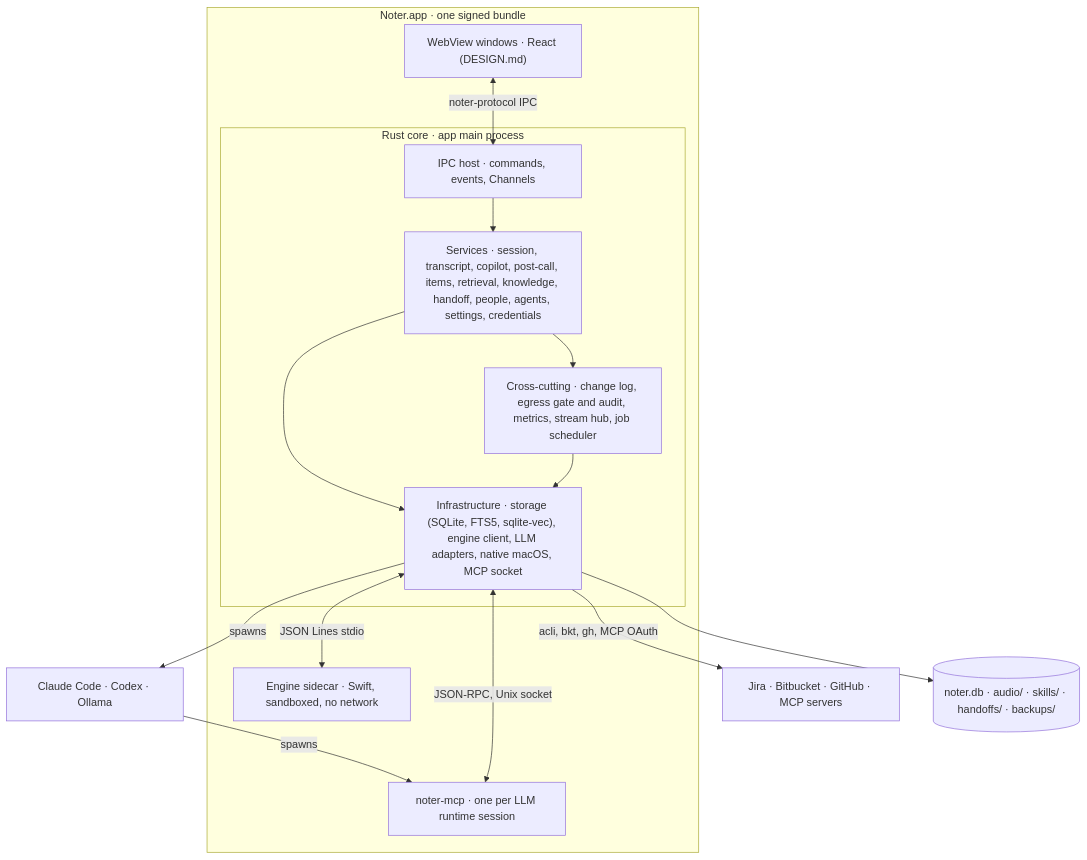
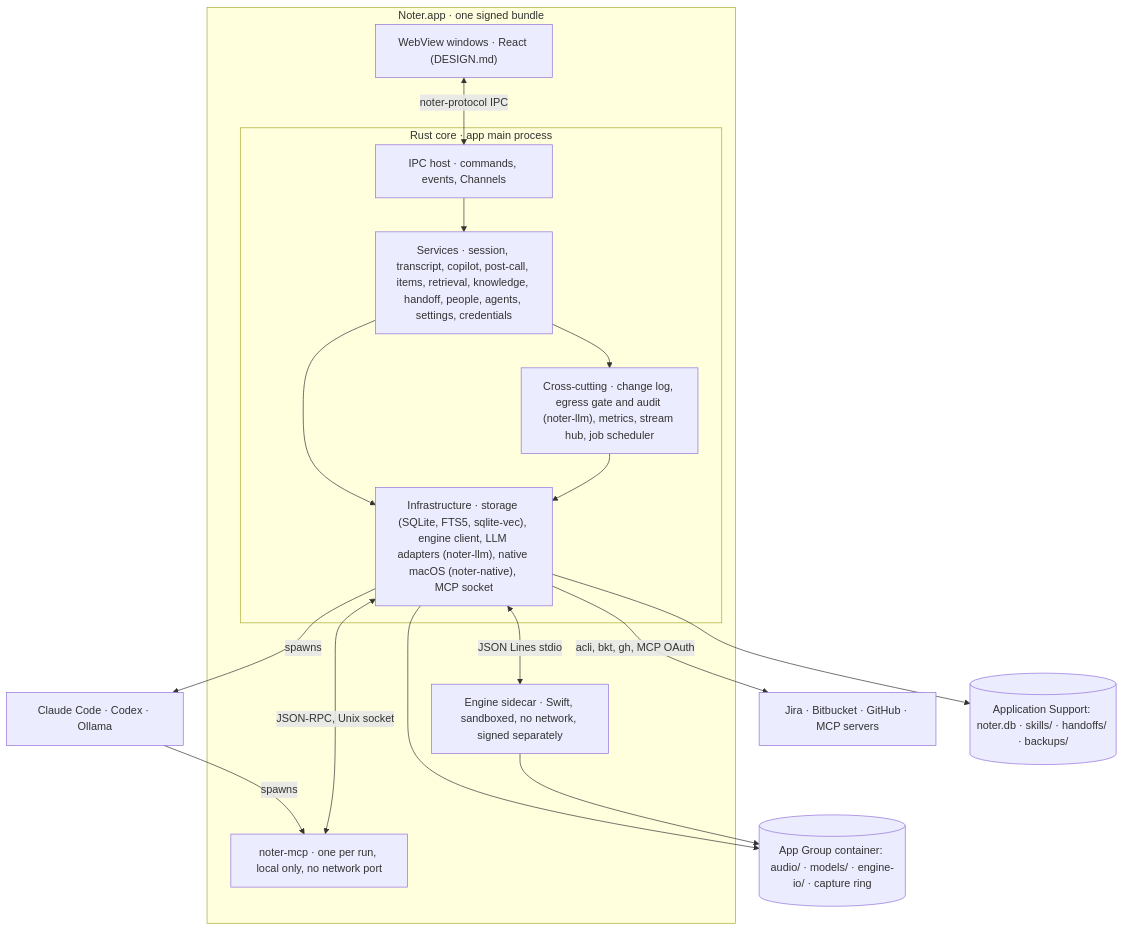
The first of 13 diagrams in docs/DESIGN-core.md (getahead/noter), drawn with Mermaid before and after one commit. The commit also changed other lines of this file and 81 other files, not shown here.

````diff
--- a/docs/DESIGN-core.md
+++ b/docs/DESIGN-core.md
@@ -124,28 +131,31 @@
 ```mermaid
 flowchart TB
     subgraph app["Noter.app · one signed bundle"]
         ui["WebView windows · React (DESIGN.md)"]
         subgraph core["Rust core · app main process"]
             ipc["IPC host · commands, events, Channels"]
             svc["Services · session, transcript, copilot, post-call, items, retrieval, knowledge, handoff, people, agents, settings, credentials"]
-            cross["Cross-cutting · change log, egress gate and audit, metrics, stream hub, job scheduler"]
-            infra["Infrastructure · storage (SQLite, FTS5, sqlite-vec), engine client, LLM adapters, native macOS, MCP socket"]
+            cross["Cross-cutting · change log, egress gate and audit (noter-llm), metrics, stream hub, job scheduler"]
+            infra["Infrastructure · storage (SQLite, FTS5, sqlite-vec), engine client, LLM adapters (noter-llm), native macOS (noter-native), MCP socket"]
         end
-        engine["Engine sidecar · Swift, sandboxed, no network"]
-        mcp["noter-mcp · one per LLM runtime session"]
+        engine["Engine sidecar · Swift, sandboxed, no network, signed separately"]
+        mcp["noter-mcp · one per run, local only, no network port"]
     end
     cli["Claude Code · Codex · Ollama"]
     ext["Jira · Bitbucket · GitHub · MCP servers"]
-    files[("noter.db · audio/ · skills/ · handoffs/ · backups/")]
+    files[("Application Support: noter.db · skills/ · handoffs/ · backups/")]
+    group[("App Group container: audio/ · models/ · engine-io/ · capture ring")]
     ui <-->|"noter-protocol IPC"| ipc
     ipc --> svc
     svc --> cross
     svc --> infra
     cross --> infra
     infra <-->|"JSON Lines stdio"| engine
     infra -->|"spawns"| cli
     cli -->|"spawns"| mcp
     mcp <-->|"JSON-RPC, Unix socket"| infra
     infra --> files
+    infra --> group
+    engine --> group
     infra -->|"acli, bkt, gh, MCP OAuth"| ext
 ```
````
